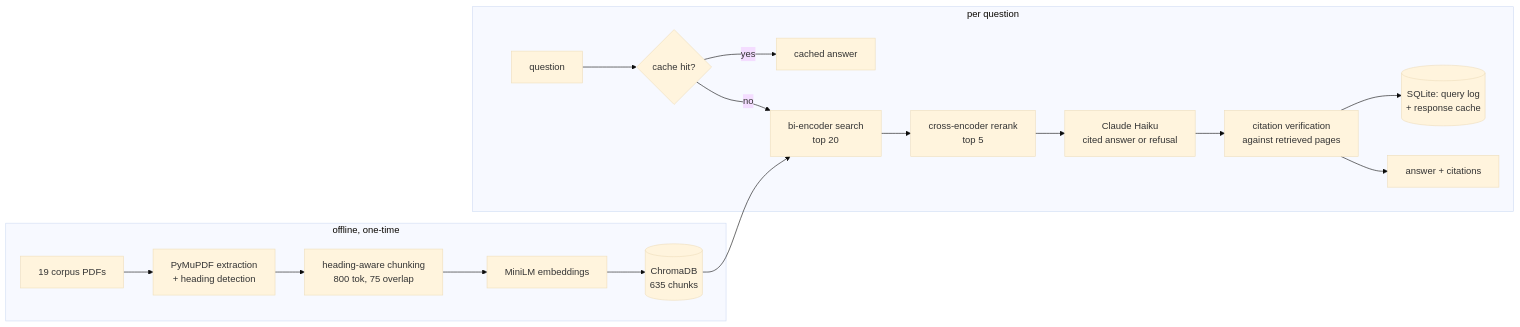
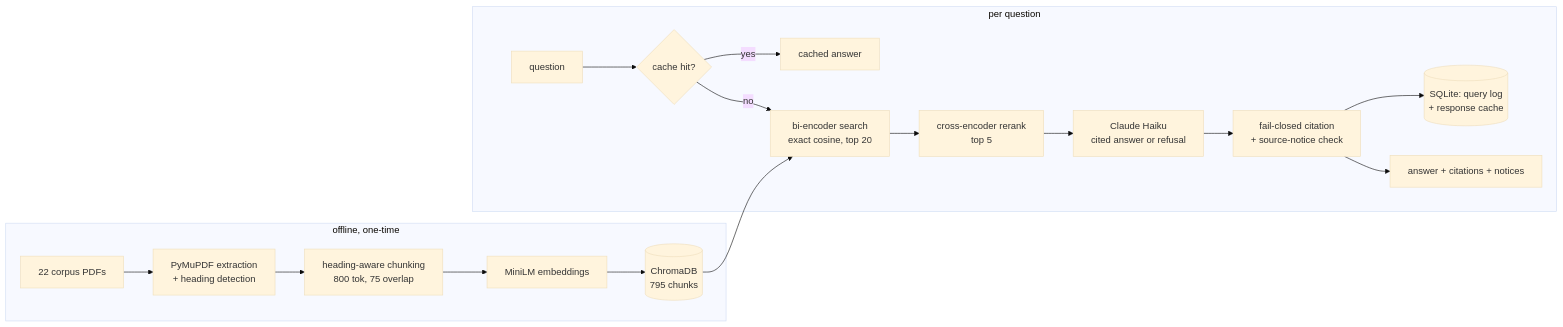
The diagram in README.md (Aakashanil67/regrag-sa-finance), drawn with Mermaid (base theme) before and after one commit. The commit also changed other lines of this file and 21 other files, not shown here.

````diff
--- a/README.md
+++ b/README.md
@@ -66,21 +111,21 @@
 ```mermaid
 flowchart LR
     subgraph offline["offline, one-time"]
-        PDF[19 corpus PDFs] --> Extract["PyMuPDF extraction<br/>+ heading detection"]
+        PDF[22 corpus PDFs] --> Extract["PyMuPDF extraction<br/>+ heading detection"]
         Extract --> Chunk["heading-aware chunking<br/>800 tok, 75 overlap"]
         Chunk --> Embed["MiniLM embeddings"]
-        Embed --> DB[(ChromaDB<br/>635 chunks)]
+        Embed --> DB[(ChromaDB<br/>795 chunks)]
     end
 
     subgraph online["per question"]
         Q[question] --> C{cache hit?}
         C -->|yes| Cached[cached answer]
-        C -->|no| Bi["bi-encoder search<br/>top 20"]
+        C -->|no| Bi["bi-encoder search<br/>exact cosine, top 20"]
         DB --> Bi
         Bi --> Rerank["cross-encoder rerank<br/>top 5"]
         Rerank --> LLM["Claude Haiku<br/>cited answer or refusal"]
-        LLM --> Verify["citation verification<br/>against retrieved pages"]
+        LLM --> Verify["fail-closed citation<br/>+ source-notice check"]
         Verify --> Log[(SQLite: query log<br/>+ response cache)]
-        Verify --> Answer[answer + citations]
+        Verify --> Answer[answer + citations + notices]
     end
 ```
````
